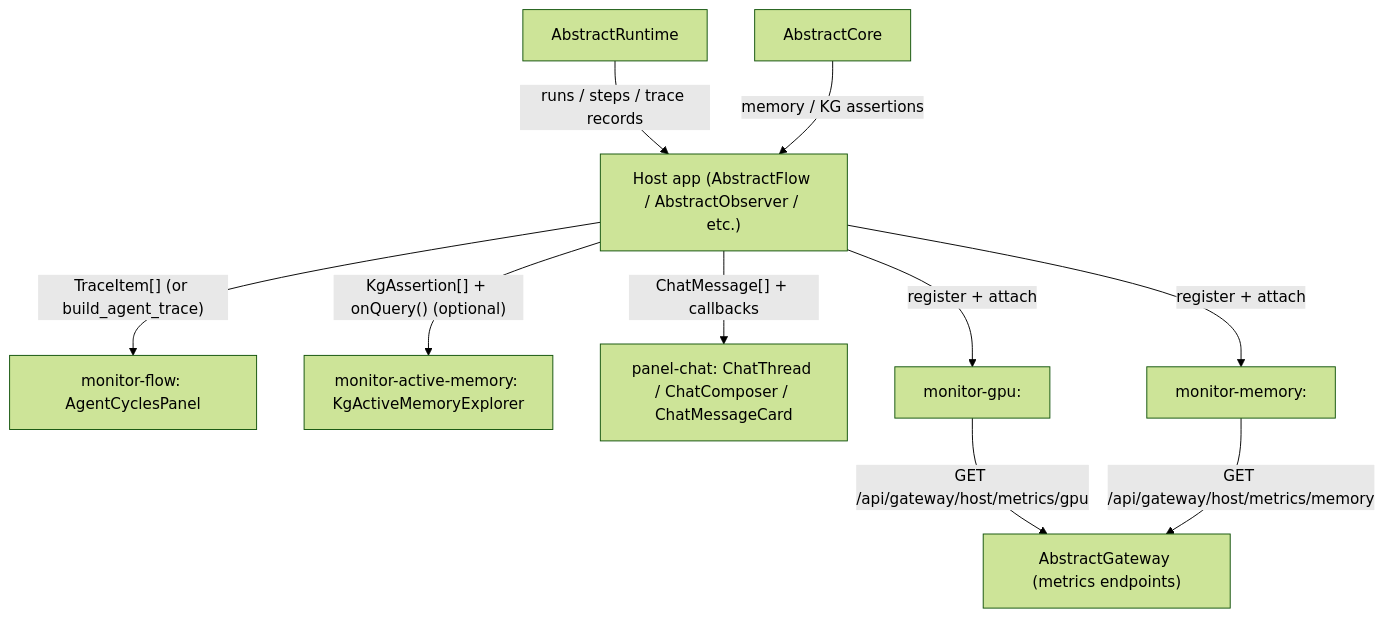
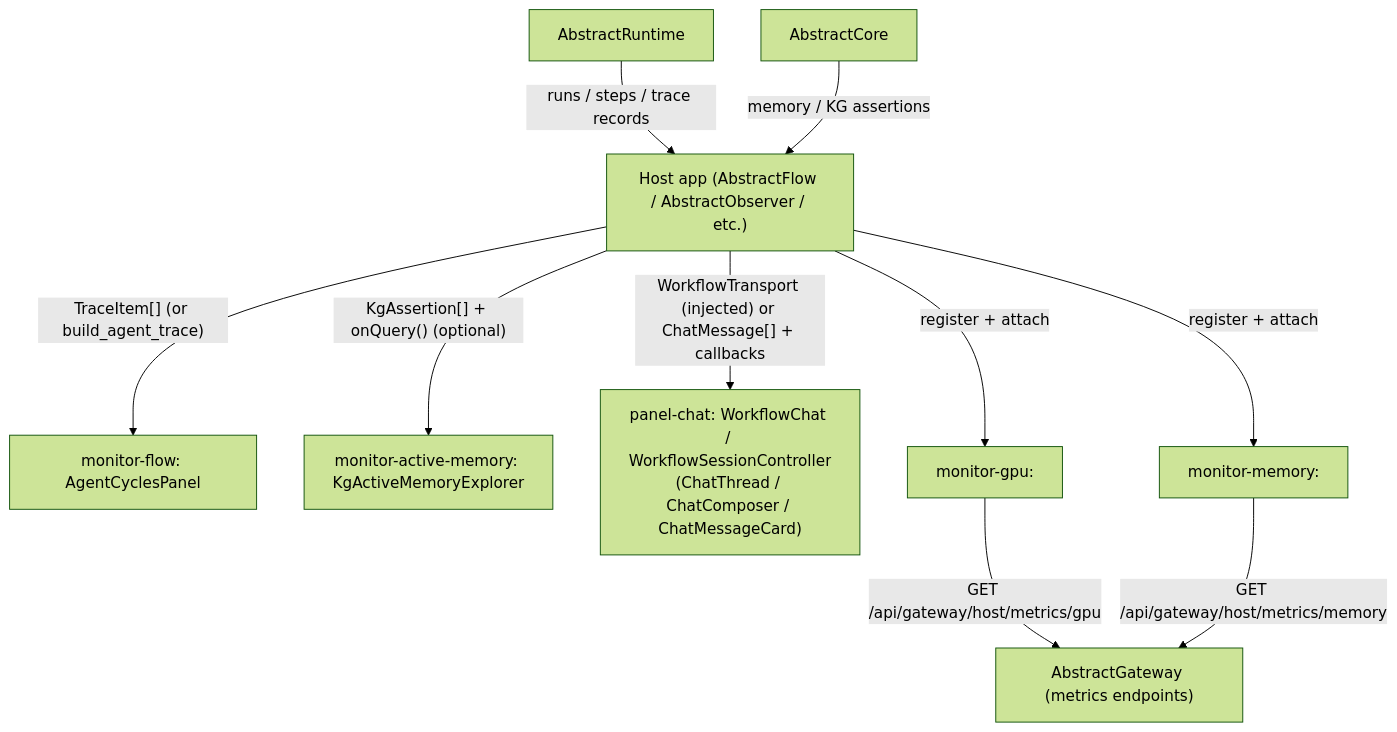
Before and after one commit to lpalbou/AbstractUIC: the sixth of 12 diagrams in docs/architecture.md, drawn with Mermaid (forest theme). The commit also changed other lines of this file, not shown here.

````diff
--- a/docs/architecture.md
+++ b/docs/architecture.md
@@ -102,19 +195,19 @@
 ```mermaid
 flowchart TD
   Runtime["AbstractRuntime"]
   Core["AbstractCore"]
   Host["Host app (AbstractFlow / AbstractObserver / etc.)"]
 
   Runtime -->|"runs / steps / trace records"| Host
   Core -->|"memory / KG assertions"| Host
 
   Host -->|"TraceItem[] (or build_agent_trace)"| FlowPanel["monitor-flow: AgentCyclesPanel"]
   Host -->|"KgAssertion[] + onQuery() (optional)"| AMXPanel["monitor-active-memory: KgActiveMemoryExplorer"]
-  Host -->|"ChatMessage[] + callbacks"| ChatUI["panel-chat: ChatThread / ChatComposer / ChatMessageCard"]
+  Host -->|"WorkflowTransport (injected) or ChatMessage[] + callbacks"| ChatUI["panel-chat: WorkflowChat / WorkflowSessionController<br/>(ChatThread / ChatComposer / ChatMessageCard)"]
 
   Host -->|"register + attach <monitor-gpu>"| GPUWidget["monitor-gpu: <monitor-gpu>"]
   GPUWidget -->|"GET /api/gateway/host/metrics/gpu"| Metrics["AbstractGateway (metrics endpoints)"]
 
   Host -->|"register + attach <monitor-memory>"| MemWidget["monitor-memory: <monitor-memory>"]
   MemWidget -->|"GET /api/gateway/host/metrics/memory"| Metrics
 ```
````
